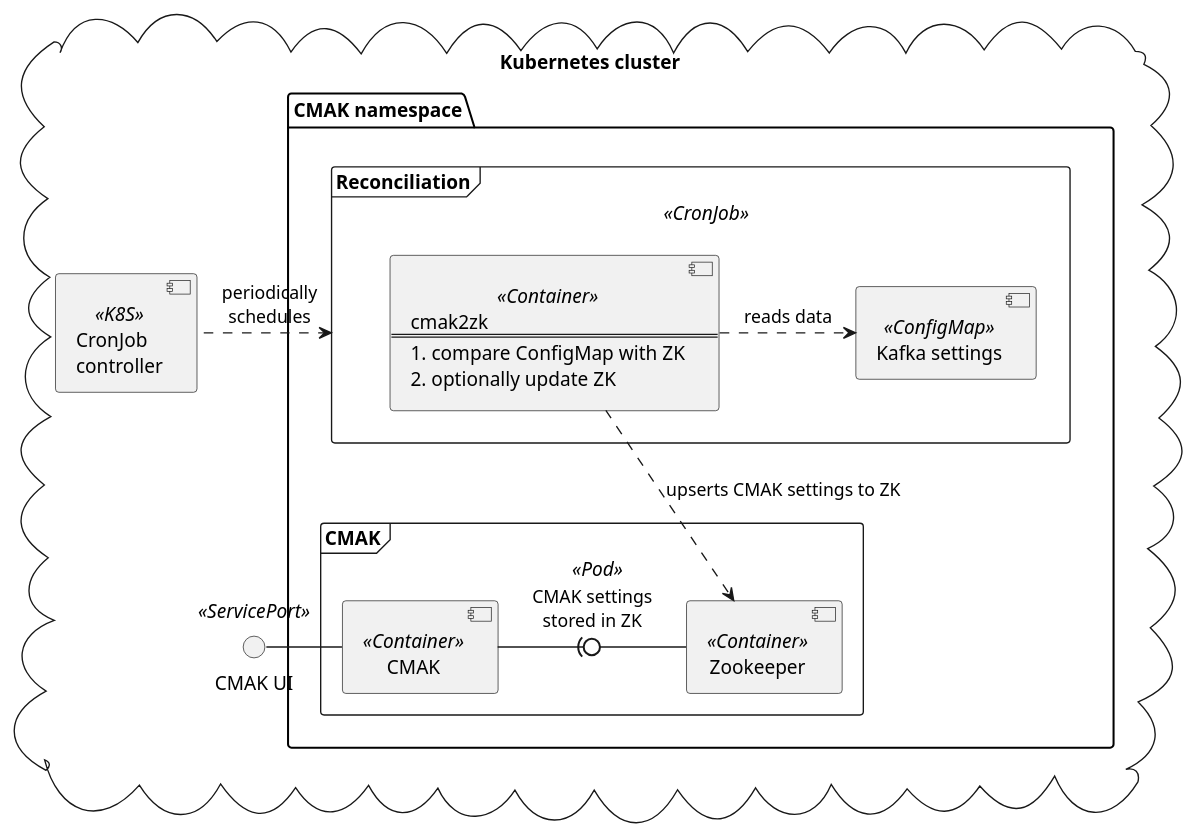
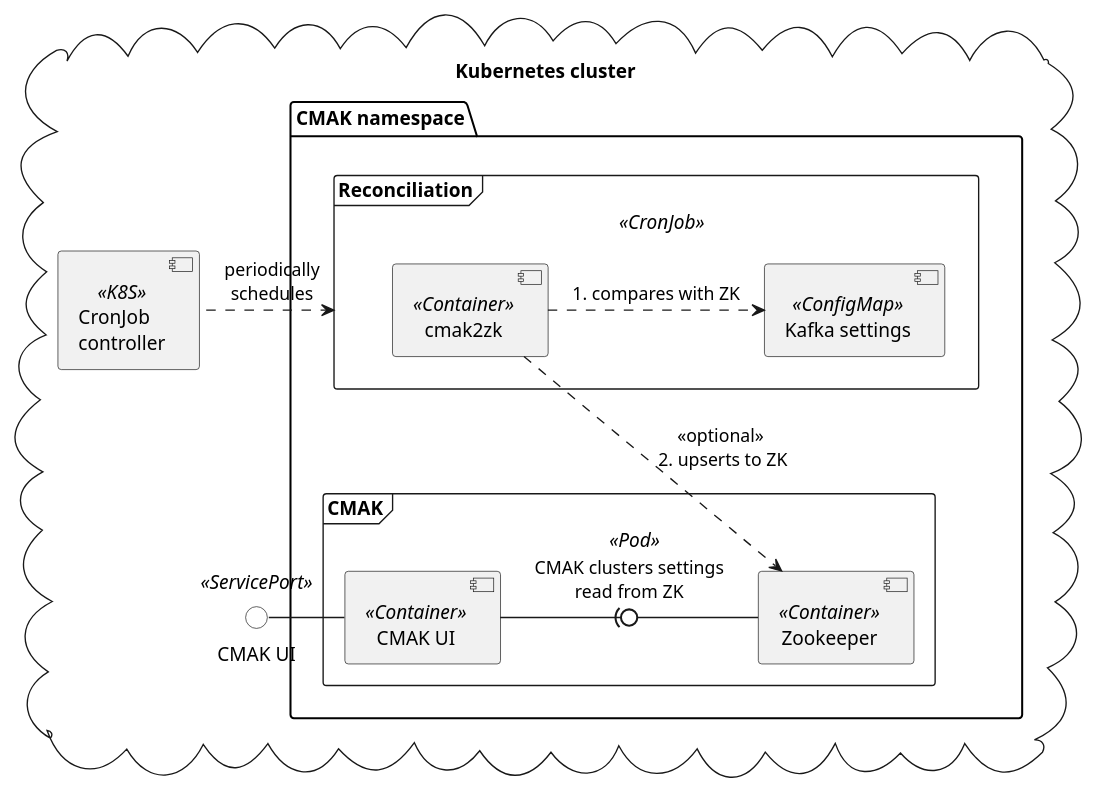
Before and after one commit to eshepelyuk/cmak-operator: the diagram in arch.puml, drawn with PlantUML.

```diff
--- a/arch.puml
+++ b/arch.puml
@@ -1,31 +1,26 @@
 @startuml
 skinparam componentStyle uml2
 
 cloud "Kubernetes cluster" {
   component "CronJob\ncontroller" as cron <<K8S>>
-  () "CMAK UI" as ui <<ServicePort>>
+  () "CMAK UI" as ui <<ServicePort>> #White
   package "CMAK namespace" as ns {
     frame "CMAK" as pod <<Pod>> {
-      component CMAK as cmak <<Container>>
-      component Zookeeper as zk <<Container>>
-      cmak -r(0- zk : CMAK settings\nstored in ZK
+      component "CMAK UI" as cmak <<Container>>
+      component "Zookeeper" as zk <<Container>>
+      cmak -r(0- zk : CMAK clusters settings\nread from ZK
     }
     frame "Reconciliation" as cronPod <<CronJob>> {
-      component script <<Container>> [
-        cmak2zk
-        ====
-        1. compare ConfigMap with ZK
-        2. optionally update ZK
-      ]
+      component cmak2zk <<Container>>
       component "Kafka settings" as cm <<ConfigMap>>
-      script .r.> cm : reads data
+      cmak2zk .r.> cm : 1. compares with ZK
     }
   }
 
   cron .l.> cronPod : periodically\nschedules
-  script .d.> zk : upserts CMAK settings to ZK
+  cmak2zk .d.> zk : <<optional>>\n 2. upserts to ZK
 
   ui -r- cmak
 }
 
 @enduml
```
